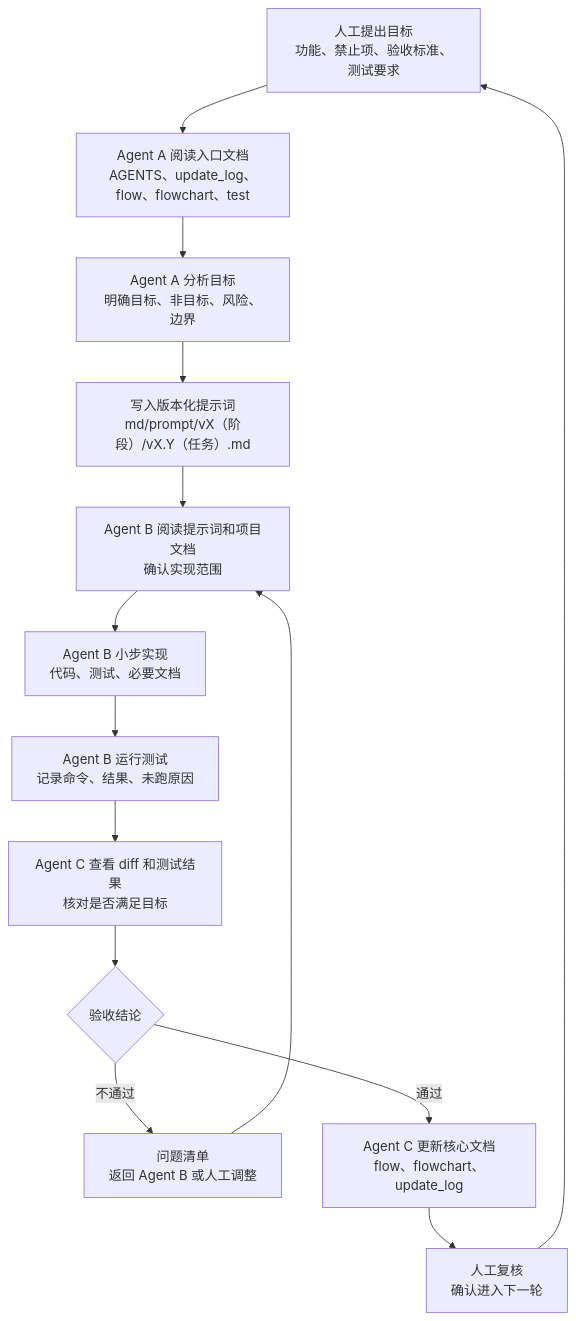
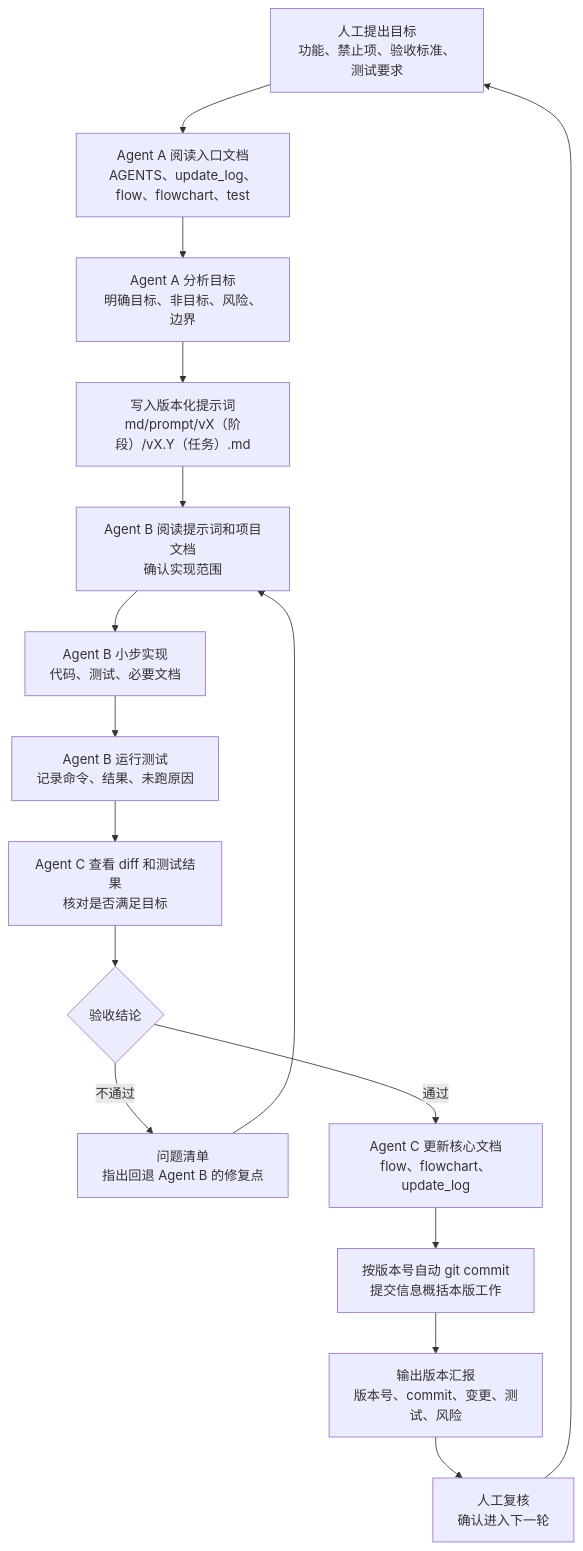
The third of 3 diagrams in md/flow/flowchart.md (Altman-sam114/115), drawn with Mermaid before and after one commit. The commit also changed other lines of this file and 2 other files, not shown here.

Commit message:
已更新 Agent C 工作流规则。 改动： [AGENTS.md](/Users/a114514/Desktop/codex/aiclaw/AGENTS.md)：明确 Agent C 验收不通过时退回 Agent B；通过后按 Agent A 版本号自动 git commit，提交信息格式为 vX.Y: 简要概括本轮工作，并输出版本汇报。 [md/flow/flowchart.md](/Users/a114514/Desktop/codex/aiclaw/md/flow/flowchart.md)：同步 Mermaid 迭代流程图，加入“通过后自动提交”和“不通过回 Agent B”节点。 [update_log.md](/Users/a114514/Desktop/codex/aiclaw/update_log.md)：记录本次维护事项和版本提交规则。 验证： git diff --check 通过。 本次只是文档规范改动，没有运行 Gateway/Swift smoke，也没有执行 git commit。

````diff
--- a/md/flow/flowchart.md
+++ b/md/flow/flowchart.md
@@ -67,16 +67,18 @@
 ```mermaid
 flowchart TD
   H["人工提出目标<br/>功能、禁止项、验收标准、测试要求"] --> A0["Agent A 阅读入口文档<br/>AGENTS、update_log、flow、flowchart、test"]
   A0 --> A1["Agent A 分析目标<br/>明确目标、非目标、风险、边界"]
   A1 --> PFILE["写入版本化提示词<br/>md/prompt/vX（阶段）/vX.Y（任务）.md"]
   PFILE --> B0["Agent B 阅读提示词和项目文档<br/>确认实现范围"]
   B0 --> B1["Agent B 小步实现<br/>代码、测试、必要文档"]
   B1 --> B2["Agent B 运行测试<br/>记录命令、结果、未跑原因"]
   B2 --> C0["Agent C 查看 diff 和测试结果<br/>核对是否满足目标"]
   C0 --> C1{"验收结论"}
-  C1 -->|不通过| FIX["问题清单<br/>返回 Agent B 或人工调整"]
+  C1 -->|不通过| FIX["问题清单<br/>指出回退 Agent B 的修复点"]
   FIX --> B0
   C1 -->|通过| DOC["Agent C 更新核心文档<br/>flow、flowchart、update_log"]
-  DOC --> HR["人工复核<br/>确认进入下一轮"]
+  DOC --> COMMIT["按版本号自动 git commit<br/>提交信息概括本版工作"]
+  COMMIT --> REPORT["输出版本汇报<br/>版本号、commit、变更、测试、风险"]
+  REPORT --> HR["人工复核<br/>确认进入下一轮"]
   HR --> H
 ```
````
